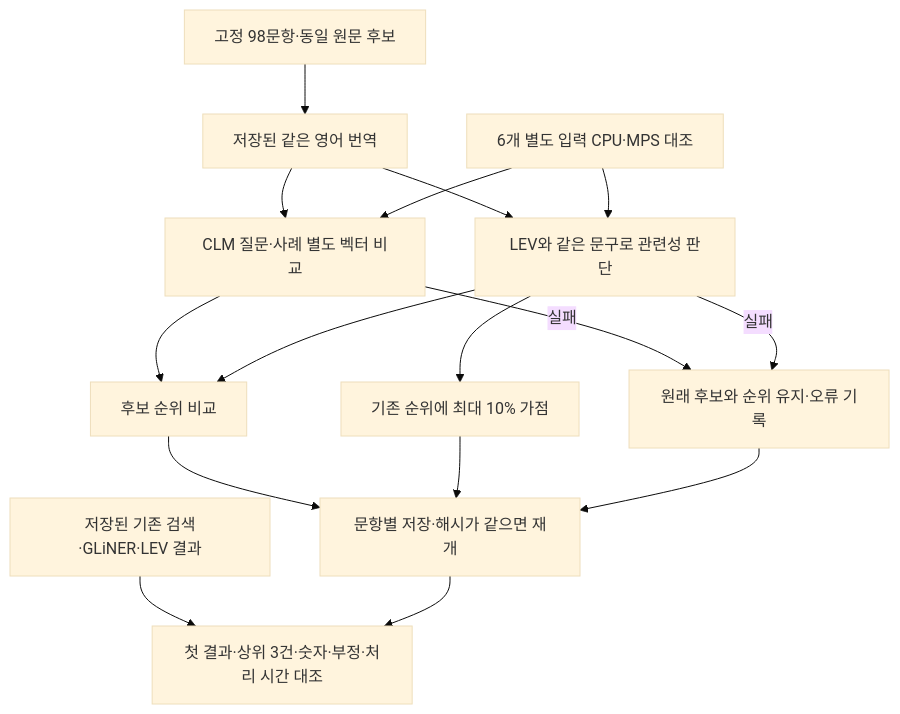
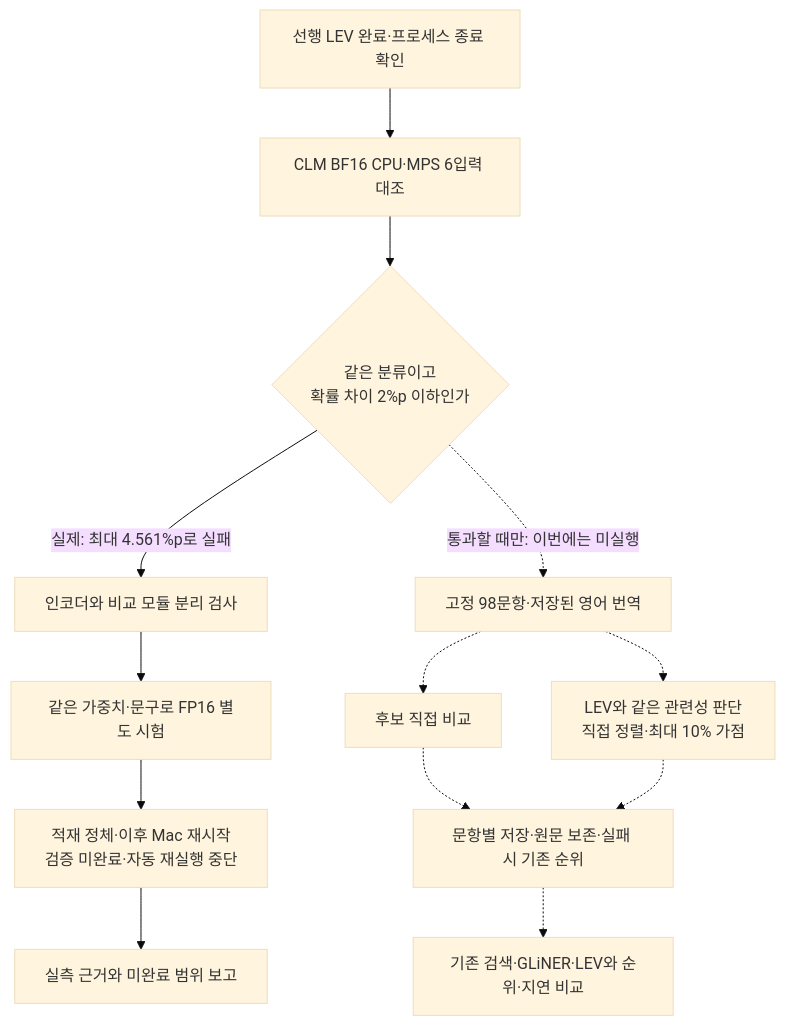
Before and after one commit to pmh10401/cs-excel-rag: the diagram in docs/CLM-비교실험-20260926.md, drawn with Mermaid (base theme). The commit also changed other lines of this file and 3 other files, not shown here.

````diff
--- a/docs/CLM-비교실험-20260926.md
+++ b/docs/CLM-비교실험-20260926.md
@@ -17,18 +19,15 @@
 ```mermaid
 flowchart TD
-    SNAP[고정 98문항·동일 원문 후보] --> EN[저장된 같은 영어 번역]
-    EN --> NATIVE[CLM 질문·사례 별도 벡터 비교]
-    EN --> PAIR[LEV와 같은 문구로 관련성 판단]
-    PROBE[6개 별도 입력 CPU·MPS 대조] --> NATIVE
-    PROBE --> PAIR
-    NATIVE --> RANK[후보 순위 비교]
-    PAIR --> RANK
-    PAIR --> BOOST[기존 순위에 최대 10% 가점]
-    RANK --> SAVE[문항별 저장·해시가 같으면 재개]
-    BOOST --> SAVE
-    OLD[저장된 기존 검색·GLiNER·LEV 결과] --> CHECK
-    SAVE --> CHECK[첫 결과·상위 3건·숫자·부정·처리 시간 대조]
-    NATIVE -->|실패| KEEP[원래 후보와 순위 유지·오류 기록]
-    PAIR -->|실패| KEEP
-    KEEP --> SAVE
+    PRIOR[선행 LEV 완료·프로세스 종료 확인] --> PROBE[CLM BF16 CPU·MPS 6입력 대조]
+    PROBE --> GATE{같은 분류이고<br/>확률 차이 2%p 이하인가}
+    GATE -->|실제: 최대 4.561%p로 실패| DIAG[인코더와 비교 모듈 분리 검사]
+    DIAG --> FP16[같은 가중치·문구로 FP16 별도 시험]
+    FP16 --> STOP[적재 정체·이후 Mac 재시작<br/>검증 미완료·자동 재실행 중단]
+    GATE -.->|통과할 때만: 이번에는 미실행| RUN[고정 98문항·저장된 영어 번역]
+    RUN -.-> NATIVE[후보 직접 비교]
+    RUN -.-> PAIR[LEV와 같은 관련성 판단<br/>직접 정렬·최대 10% 가점]
+    NATIVE -.-> SAVE[문항별 저장·원문 보존·실패 시 기존 순위]
+    PAIR -.-> SAVE
+    SAVE -.-> CHECK[기존 검색·GLiNER·LEV와 순위·지연 비교]
+    STOP --> REPORT[실측 근거와 미완료 범위 보고]
 ```
````
